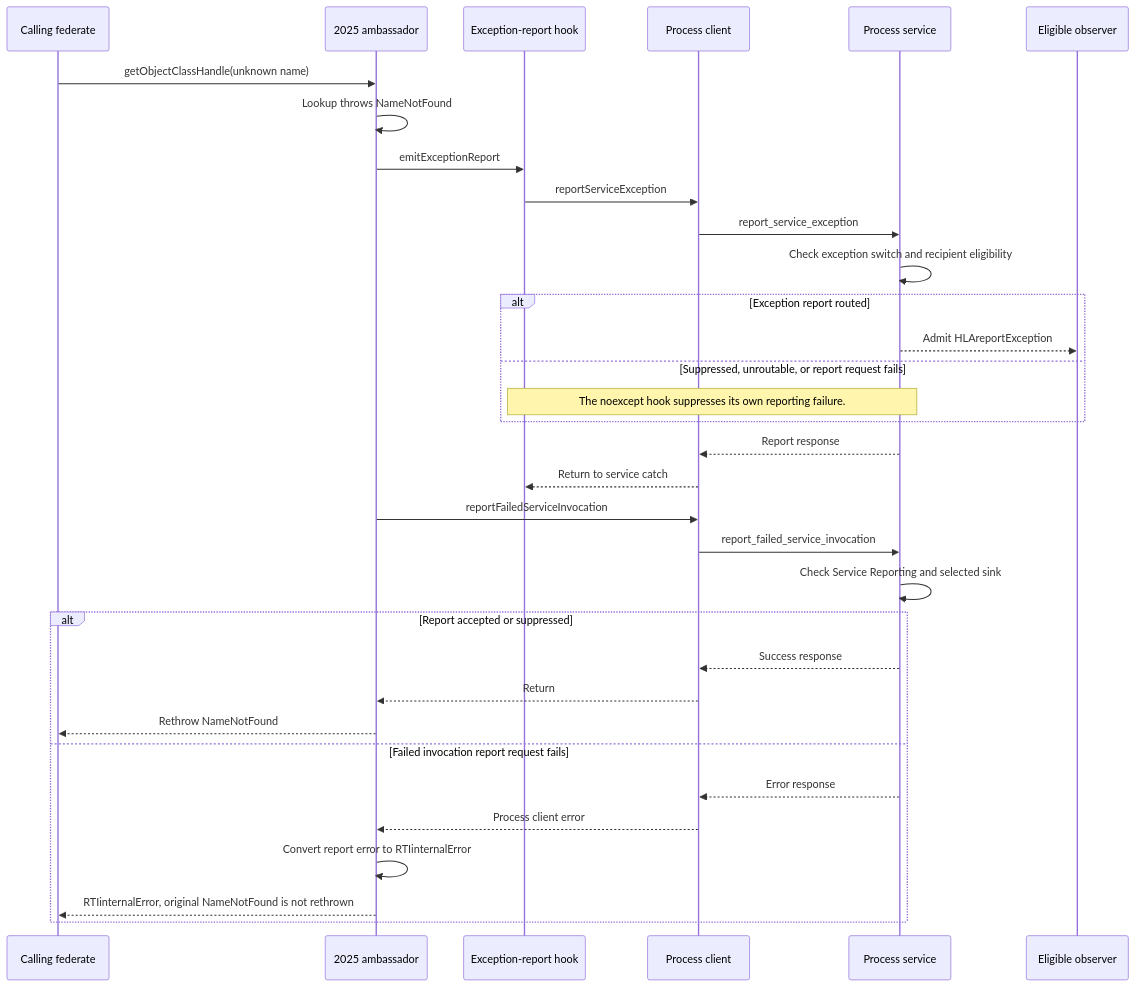
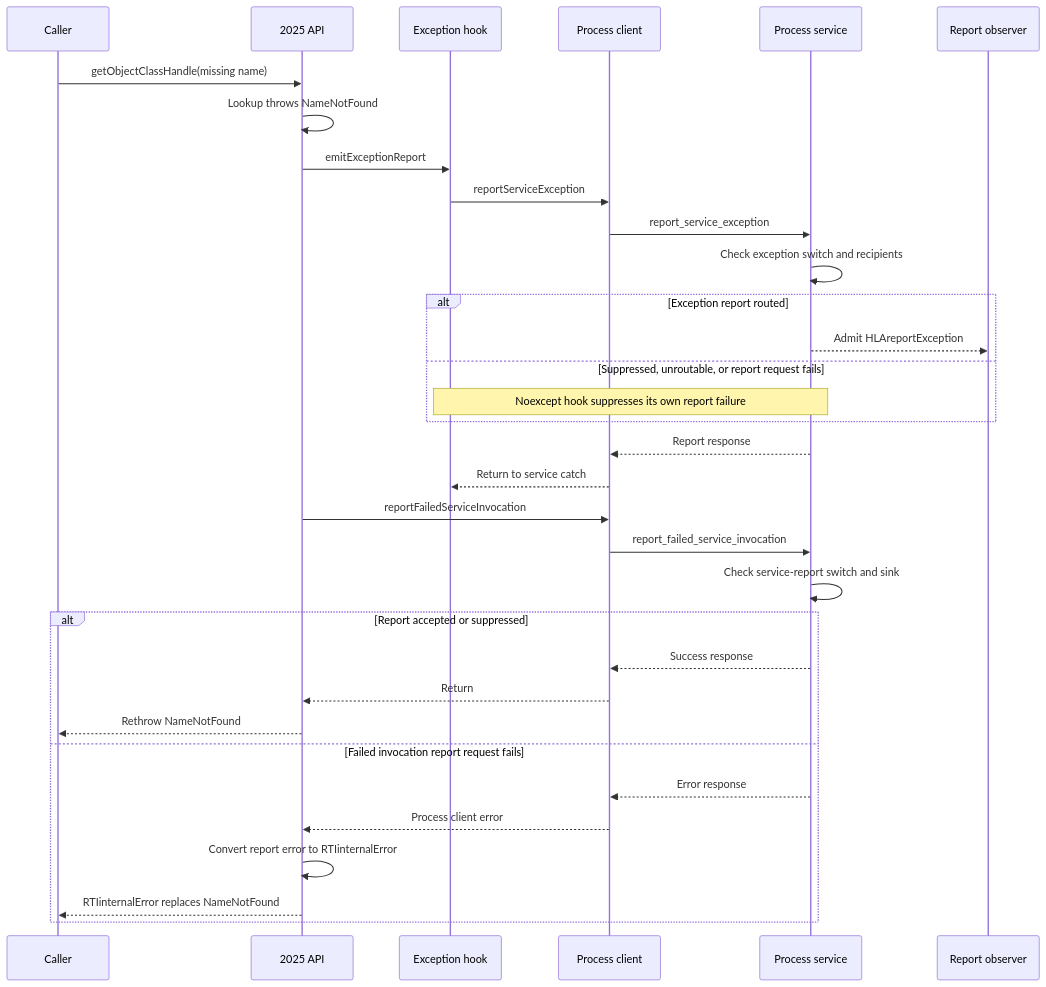
Before and after one commit to sheepfling/umbra: the fifth of 6 diagrams in docs/design/HLA-2025-EXCEPTION-REPORTING-FLOW-GUIDE.md, drawn with Mermaid. The commit also changed other lines of this file and 822 other files, not shown here.

````diff
--- a/docs/design/HLA-2025-EXCEPTION-REPORTING-FLOW-GUIDE.md
+++ b/docs/design/HLA-2025-EXCEPTION-REPORTING-FLOW-GUIDE.md
@@ -139,36 +291,36 @@
 ```mermaid
 sequenceDiagram
-    participant App as Calling federate
-    participant API as 2025 ambassador
-    participant Hook as Exception-report hook
+    participant App as Caller
+    participant API as 2025 API
+    participant Hook as Exception hook
     participant Client as Process client
     participant Server as Process service
-    participant Observer as Eligible observer
+    participant Observer as Report observer
 
-    App->>API: getObjectClassHandle(unknown name)
+    App->>API: getObjectClassHandle(missing name)
     API->>API: Lookup throws NameNotFound
     API->>Hook: emitExceptionReport
     Hook->>Client: reportServiceException
     Client->>Server: report_service_exception
-    Server->>Server: Check exception switch and recipient eligibility
+    Server->>Server: Check exception switch and recipients
     alt Exception report routed
         Server-->>Observer: Admit HLAreportException
     else Suppressed, unroutable, or report request fails
-        Note over Hook,Server: The noexcept hook suppresses its own reporting failure.
+        Note over Hook,Server: Noexcept hook suppresses its own report failure
     end
     Server-->>Client: Report response
     Client-->>Hook: Return to service catch
     API->>Client: reportFailedServiceInvocation
     Client->>Server: report_failed_service_invocation
-    Server->>Server: Check Service Reporting and selected sink
+    Server->>Server: Check service-report switch and sink
     alt Report accepted or suppressed
         Server-->>Client: Success response
         Client-->>API: Return
         API-->>App: Rethrow NameNotFound
     else Failed invocation report request fails
         Server-->>Client: Error response
         Client-->>API: Process client error
         API->>API: Convert report error to RTIinternalError
-        API-->>App: RTIinternalError, original NameNotFound is not rethrown
+        API-->>App: RTIinternalError replaces NameNotFound
     end
 ```
````
